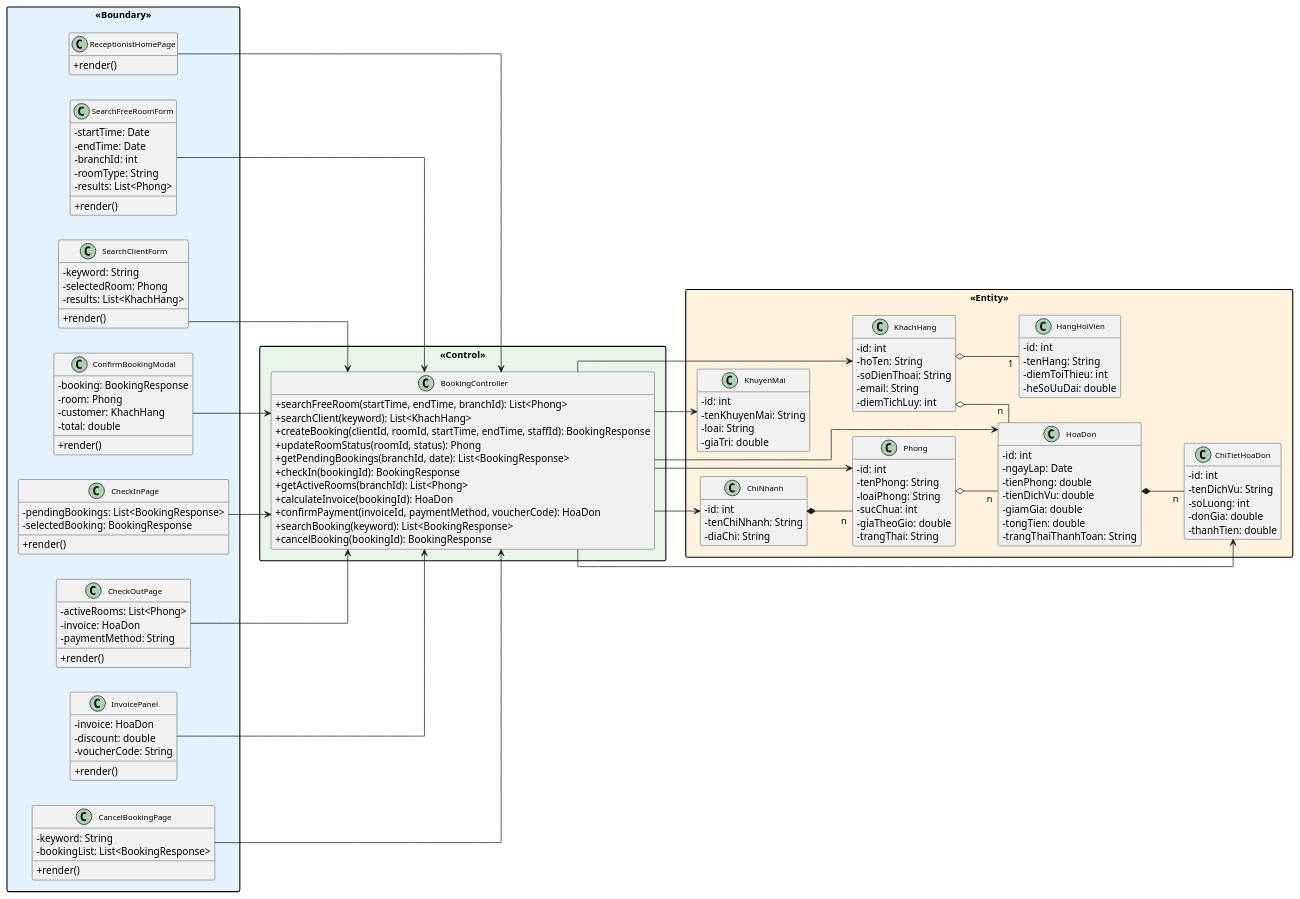
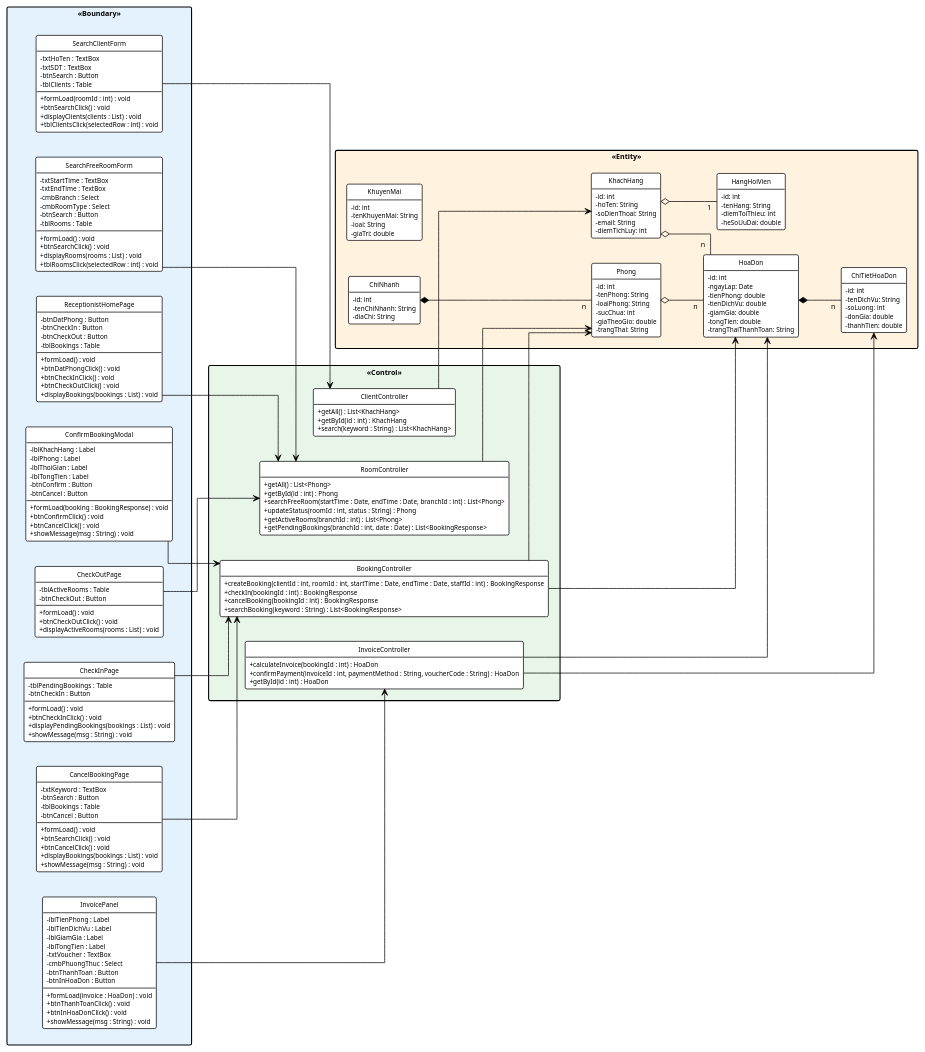
Before and after one commit to thanhtrnnn/cnpm: the diagram in docs/tabs/section-booking-iii.3.2.md, drawn with PlantUML. The commit also changed 10 other files, not shown here.

First line of the commit message:
fix: align with skill changes — DAO architecture, Vietnamese method names, PlantUML v2

````diff
--- a/docs/tabs/section-booking-iii.3.2.md
+++ b/docs/tabs/section-booking-iii.3.2.md
@@ -177,76 +177,150 @@
 ```plantuml
 @startuml
+' === VP Base Theme v2 ===
 left to right direction
 skinparam linetype ortho
+skinparam defaultFontName "Arial"
+skinparam defaultFontSize 10
+skinparam shadowing false
+skinparam arrowColor #000000
+skinparam lineColor #000000
+hide circle
+
+skinparam class {
+  BackgroundColor #FFFFFF
+  BorderColor #000000
+  FontColor #000000
+  FontSize 11
+  AttributeFontSize 9
+  AttributeIconSize 0
+  BorderThickness 1
+}
+
+skinparam package {
+  BackgroundColor #FFFFFF
+  BorderColor #000000
+}
+
 skinparam packageStyle rectangle
 skinparam packageMaxWidth 800
-skinparam classAttributeIconSize 0
-skinparam classFontSize 11
-skinparam packageFontSize 13
 hide empty members
 
 package "<<Boundary>>" #E3F2FD {
-  class ReceptionistHomePage {
-    +render()
+  together {
+    class ReceptionistHomePage {
+      -btnDatPhong : Button
+      -btnCheckIn : Button
+      -btnCheckOut : Button
+      -tblBookings : Table
+      +formLoad() : void
+      +btnDatPhongClick() : void
+      +btnCheckInClick() : void
+      +btnCheckOutClick() : void
+      +displayBookings(bookings : List) : void
+    }
+    class SearchFreeRoomForm {
+      -txtStartTime : TextBox
+      -txtEndTime : TextBox
+      -cmbBranch : Select
+      -cmbRoomType : Select
+      -btnSearch : Button
+      -tblRooms : Table
+      +formLoad() : void
+      +btnSearchClick() : void
+      +displayRooms(rooms : List) : void
+      +tblRoomsClick(selectedRow : int) : void
+    }
+    class SearchClientForm {
+      -txtHoTen : TextBox
+      -txtSDT : TextBox
+      -btnSearch : Button
+      -tblClients : Table
+      +formLoad(roomId : int) : void
+      +btnSearchClick() : void
+      +displayClients(clients : List) : void
+      +tblClientsClick(selectedRow : int) : void
+    }
+    class ConfirmBookingModal {
+      -lblKhachHang : Label
+      -lblPhong : Label
+      -lblThoiGian : Label
+      -lblTongTien : Label
+      -btnConfirm : Button
+      -btnCancel : Button
+      +formLoad(booking : BookingResponse) : void
+      +btnConfirmClick() : void
+      +btnCancelClick() : void
+      +showMessage(msg : String) : void
+    }
   }
-  class SearchFreeRoomForm {
-    -startTime: Date
-    -endTime: Date
-    -branchId: int
-    -roomType: String
-    -results: List<Phong>
-    +render()
-  }
-  class SearchClientForm {
-    -keyword: String
-    -selectedRoom: Phong
-    -results: List<KhachHang>
-    +render()
-  }
-  class ConfirmBookingModal {
-    -booking: BookingResponse
-    -room: Phong
-    -customer: KhachHang
-    -total: double
-    +render()
-  }
-  class CheckInPage {
-    -pendingBookings: List<BookingResponse>
-    -selectedBooking: BookingResponse
-    +render()
-  }
-  class CheckOutPage {
-    -activeRooms: List<Phong>
-    -invoice: HoaDon
-    -paymentMethod: String
-    +render()
-  }
-  class InvoicePanel {
-    -invoice: HoaDon
-    -discount: double
-    -voucherCode: String
-    +render()
-  }
-  class CancelBookingPage {
-    -keyword: String
-    -bookingList: List<BookingResponse>
-    +render()
+  together {
+    class CheckInPage {
+      -tblPendingBookings : Table
+      -btnCheckIn : Button
+      +formLoad() : void
+      +btnCheckInClick() : void
+      +displayPendingBookings(bookings : List) : void
+      +showMessage(msg : String) : void
+    }
+    class CheckOutPage {
+      -tblActiveRooms : Table
+      -btnCheckOut : Button
+      +formLoad() : void
+      +btnCheckOutClick() : void
+      +displayActiveRooms(rooms : List) : void
+    }
+    class InvoicePanel {
+      -lblTienPhong : Label
+      -lblTienDichVu : Label
+      -lblGiamGia : Label
+      -lblTongTien : Label
+      -txtVoucher : TextBox
+      -cmbPhuongThuc : Select
+      -btnThanhToan : Button
+      -btnInHoaDon : Button
+      +formLoad(invoice : HoaDon) : void
+      +btnThanhToanClick() : void
+      +btnInHoaDonClick() : void
+      +showMessage(msg : String) : void
+    }
+    class CancelBookingPage {
+      -txtKeyword : TextBox
+      -btnSearch : Button
+      -tblBookings : Table
+      -btnCancel : Button
+      +formLoad() : void
+      +btnSearchClick() : void
+      +btnCancelClick() : void
+      +displayBookings(bookings : List) : void
+      +showMessage(msg : String) : void
+    }
   }
 }
 
 package "<<Control>>" #E8F5E9 {
+  class RoomController {
+    +getAll() : List<Phong>
+    +getById(id : int) : Phong
+    +searchFreeRoom(startTime : Date, endTime : Date, branchId : int) : List<Phong>
+    +updateStatus(roomId : int, status : String) : Phong
+    +getActiveRooms(branchId : int) : List<Phong>
+    +getPendingBookings(branchId : int, date : Date) : List<BookingResponse>
+  }
+  class ClientController {
+    +getAll() : List<KhachHang>
+    +getById(id : int) : KhachHang
+    +search(keyword : String) : List<KhachHang>
+  }
   class BookingController {
-    +searchFreeRoom(startTime, endTime, branchId): List<Phong>
-    +searchClient(keyword): List<KhachHang>
-    +createBooking(clientId, roomId, startTime, endTime, staffId): BookingResponse
-    +updateRoomStatus(roomId, status): Phong
-    +getPendingBookings(branchId, date): List<BookingResponse>
-    +checkIn(bookingId): BookingResponse
-    +getActiveRooms(branchId): List<Phong>
-    +calculateInvoice(bookingId): HoaDon
-    +confirmPayment(invoiceId, paymentMethod, voucherCode): HoaDon
-    +searchBooking(keyword): List<BookingResponse>
-    +cancelBooking(bookingId): BookingResponse
+    +createBooking(clientId : int, roomId : int, startTime : Date, endTime : Date, staffId : int) : BookingResponse
+    +checkIn(bookingId : int) : BookingResponse
+    +cancelBooking(bookingId : int) : BookingResponse
+    +searchBooking(keyword : String) : List<BookingResponse>
+  }
+  class InvoiceController {
+    +calculateInvoice(bookingId : int) : HoaDon
+    +confirmPayment(invoiceId : int, paymentMethod : String, voucherCode : String) : HoaDon
+    +getById(id : int) : HoaDon
   }
 }
 
@@ -302,22 +376,22 @@
 }
 
 ' Boundary -> Control
-ReceptionistHomePage --> BookingController
-SearchFreeRoomForm --> BookingController
-SearchClientForm --> BookingController
+ReceptionistHomePage --> RoomController
+SearchFreeRoomForm --> RoomController
+SearchClientForm --> ClientController
 ConfirmBookingModal --> BookingController
 CheckInPage --> BookingController
-CheckOutPage --> BookingController
-InvoicePanel --> BookingController
+CheckOutPage --> RoomController
+InvoicePanel --> InvoiceController
 CancelBookingPage --> BookingController
 
 ' Control -> Entity
+RoomController --> Phong
+ClientController --> KhachHang
+BookingController --> HoaDon
 BookingController --> Phong
-BookingController --> KhachHang
-BookingController --> HoaDon
-BookingController --> ChiTietHoaDon
-BookingController --> KhuyenMai
-BookingController --> ChiNhanh
+InvoiceController --> HoaDon
+InvoiceController --> ChiTietHoaDon
 
 ' Entity relationships
 ChiNhanh *-- "n" Phong
````
